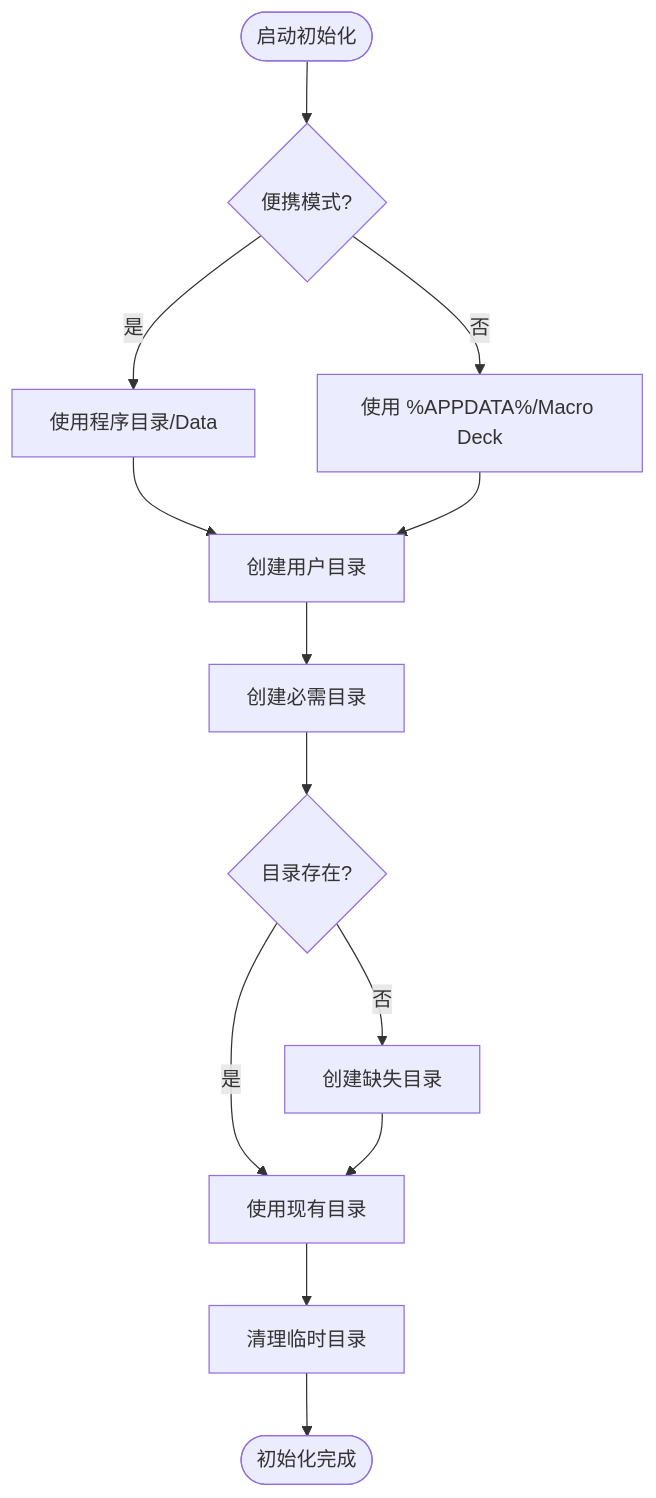
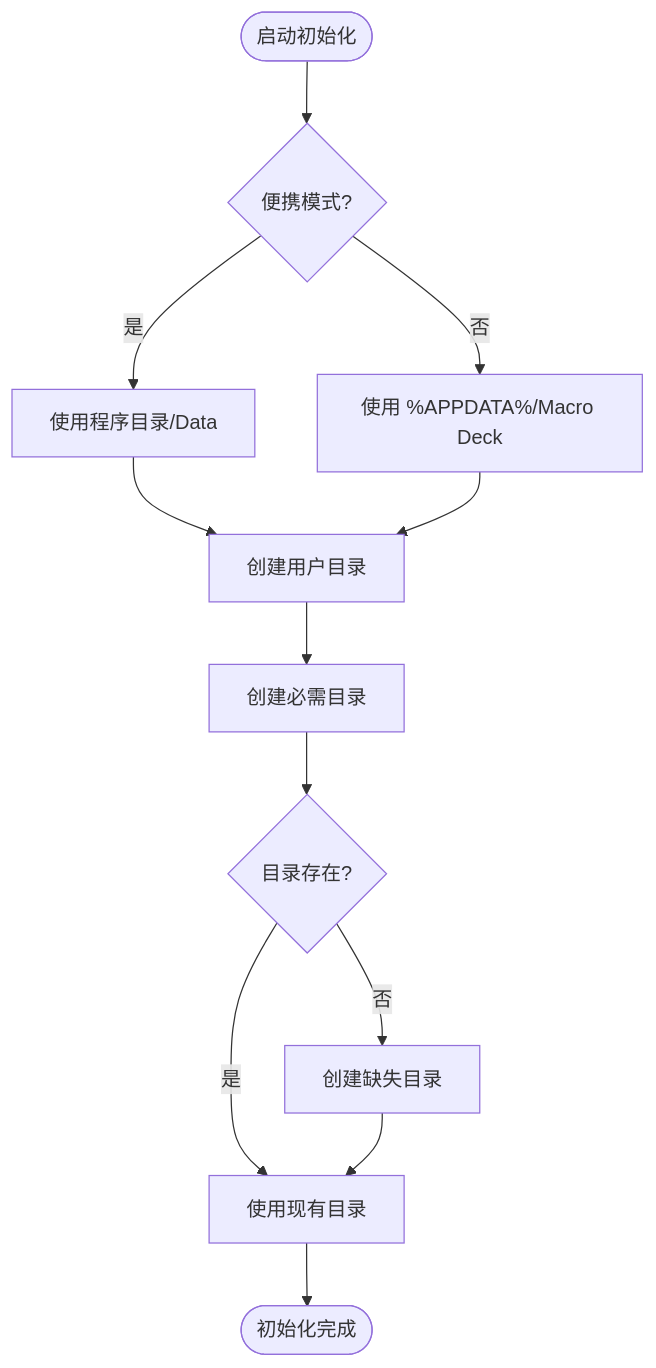
One commit to tea4go/Macro-Deck changed the fourth of 10 diagrams in .qoder/repowiki/zh/content/配置管理系统/启动配置管理.md. Above: the diagram before and after it, drawn with Mermaid. The commit also changed other lines of this file and 63 other files, not shown here.

````diff
--- a/.qoder/repowiki/zh/content/配置管理系统/启动配置管理.md
+++ b/.qoder/repowiki/zh/content/配置管理系统/启动配置管理.md
@@ -199,15 +212,14 @@
 ```mermaid
 flowchart TD
 Start([启动初始化]) --> CheckPortable{"便携模式?"}
 CheckPortable --> |是| PortablePath["使用程序目录/Data"]
 CheckPortable --> |否| StandardPath["使用 %APPDATA%/Macro Deck"]
 PortablePath --> CreateUserDir["创建用户目录"]
 StandardPath --> CreateUserDir
 CreateUserDir --> CreateDirs["创建必需目录"]
 CreateDirs --> CheckExists{"目录存在?"}
 CheckExists --> |是| UseExisting["使用现有目录"]
 CheckExists --> |否| CreateMissing["创建缺失目录"]
 CreateMissing --> UseExisting
-UseExisting --> CleanTemp["清理临时目录"]
-CleanTemp --> End([初始化完成])
+UseExisting --> End([初始化完成])
 ```
````
